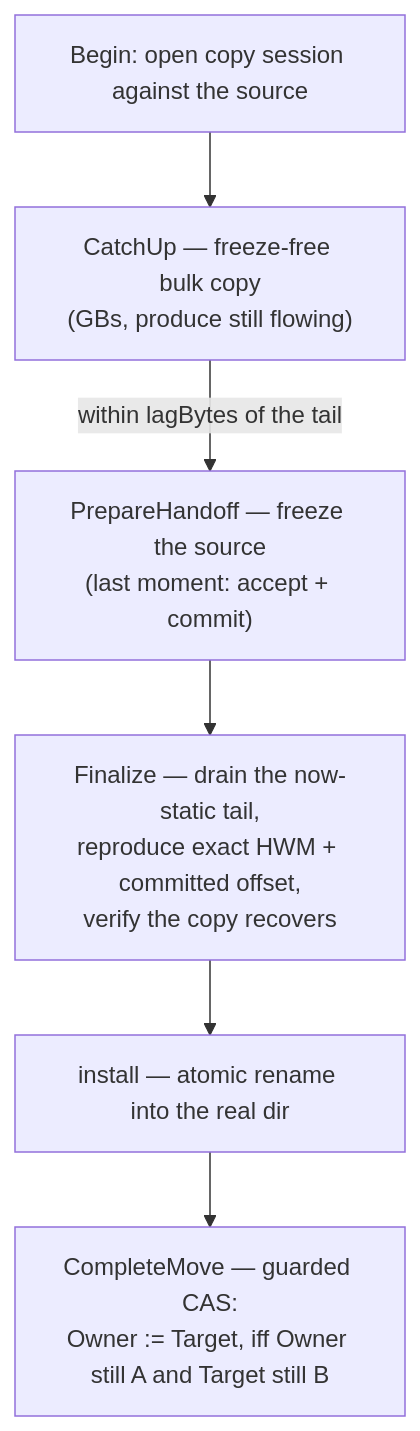
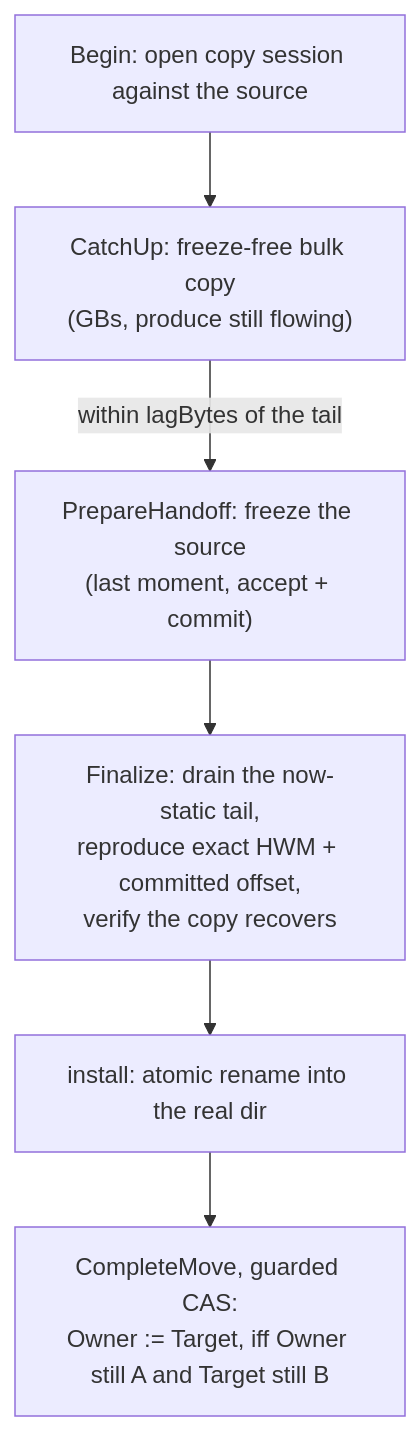
Before and after one commit to DebanganThakuria/narad: the second of 2 diagrams in docs/internals/rebalance.md, drawn with Mermaid. The commit also changed other lines of this file and 26 other files, not shown here.

````diff
--- a/docs/internals/rebalance.md
+++ b/docs/internals/rebalance.md
@@ -31,9 +31,9 @@
 ```mermaid
 flowchart TD
     BEGIN["Begin: open copy session against the source"] --> CATCHUP
-    CATCHUP["CatchUp — freeze-free bulk copy<br/>(GBs, produce still flowing)"] -->|within lagBytes of the tail| FREEZE
-    FREEZE["PrepareHandoff — freeze the source<br/>(last moment: accept + commit)"] --> FINAL
-    FINAL["Finalize — drain the now-static tail,<br/>reproduce exact HWM + committed offset,<br/>verify the copy recovers"] --> INSTALL
-    INSTALL["install — atomic rename into the real dir"] --> FLIP
-    FLIP["CompleteMove — guarded CAS:<br/>Owner := Target, iff Owner still A and Target still B"]
+    CATCHUP["CatchUp: freeze-free bulk copy<br/>(GBs, produce still flowing)"] -->|within lagBytes of the tail| FREEZE
+    FREEZE["PrepareHandoff: freeze the source<br/>(last moment, accept + commit)"] --> FINAL
+    FINAL["Finalize: drain the now-static tail,<br/>reproduce exact HWM + committed offset,<br/>verify the copy recovers"] --> INSTALL
+    INSTALL["install: atomic rename into the real dir"] --> FLIP
+    FLIP["CompleteMove, guarded CAS:<br/>Owner := Target, iff Owner still A and Target still B"]
 ```
````
